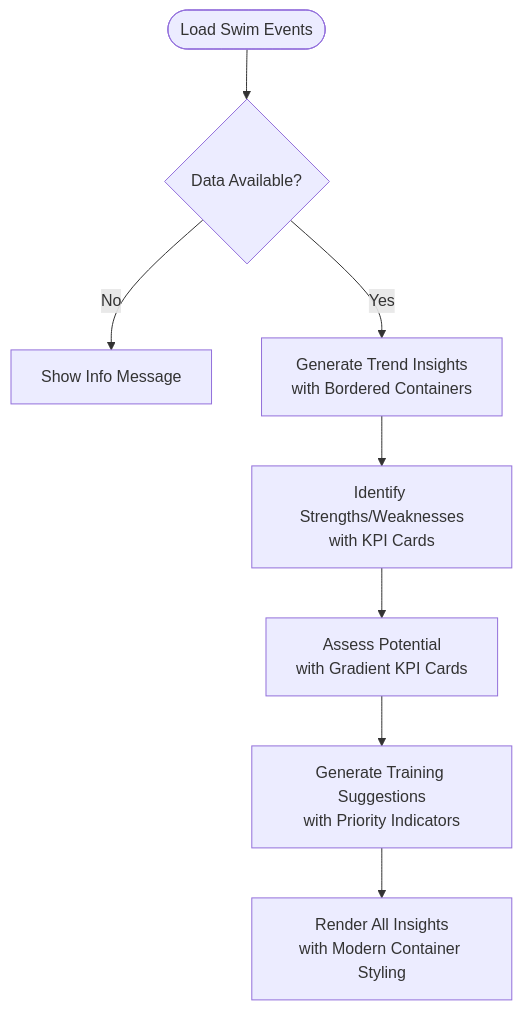
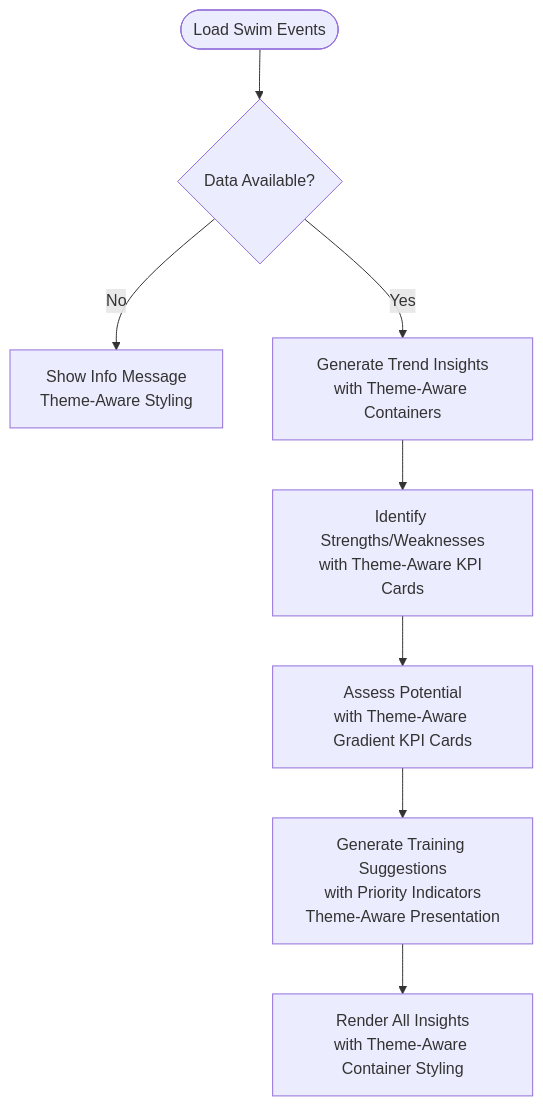
One commit to Johnny22056/SwimingStatus changed diagram 13 of 15 in .qoder/repowiki/en/content/Core Components/Application Controller.md. Above: the diagram before and after it, drawn with Mermaid. The commit also changed other lines of this file and 2 other files, not shown here.

First line of the commit message:
feat(theme): integrate comprehensive dynamic theme management system

````diff
--- a/.qoder/repowiki/en/content/Core Components/Application Controller.md
+++ b/.qoder/repowiki/en/content/Core Components/Application Controller.md
@@ -440,10 +498,10 @@
 ```mermaid
 flowchart TD
 LoadData([Load Swim Events]) --> CheckData{"Data Available?"}
-CheckData --> |No| ShowInfo["Show Info Message"]
-CheckData --> |Yes| TrendInsights["Generate Trend Insights<br/>with Bordered Containers"]
-TrendInsights --> Strengths["Identify Strengths/Weaknesses<br/>with KPI Cards"]
-Strengths --> Assessment["Assess Potential<br/>with Gradient KPI Cards"]
-Assessment --> Suggestions["Generate Training Suggestions<br/>with Priority Indicators"]
-Suggestions --> Render["Render All Insights<br/>with Modern Container Styling"]
+CheckData --> |No| ShowInfo["Show Info Message<br/>Theme-Aware Styling"]
+CheckData --> |Yes| TrendInsights["Generate Trend Insights<br/>with Theme-Aware Containers"]
+TrendInsights --> Strengths["Identify Strengths/Weaknesses<br/>with Theme-Aware KPI Cards"]
+Strengths --> Assessment["Assess Potential<br/>with Theme-Aware Gradient KPI Cards"]
+Assessment --> Suggestions["Generate Training Suggestions<br/>with Priority Indicators<br/>Theme-Aware Presentation"]
+Suggestions --> Render["Render All Insights<br/>with Theme-Aware Container Styling"]
 ```
````
